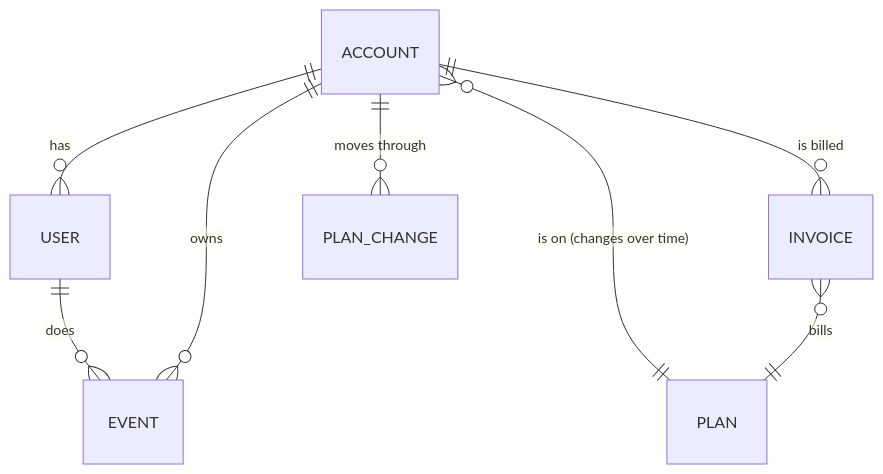
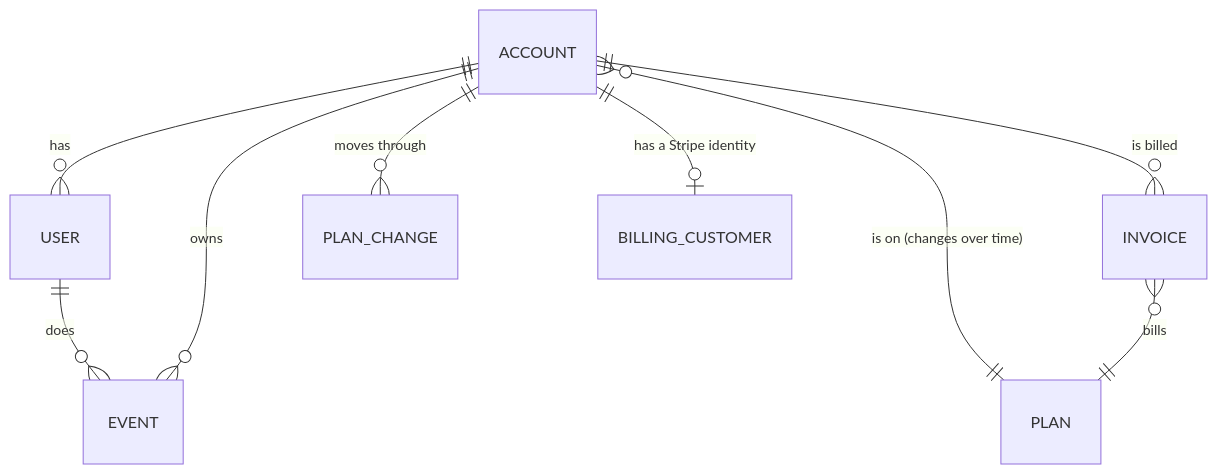
One commit to technobasant/data-platform-architecture changed the diagram in docs/06-data-model.md. Above: the diagram before and after it, drawn with Mermaid. The commit also changed other lines of this file, not shown here.

````diff
--- a/docs/06-data-model.md
+++ b/docs/06-data-model.md
@@ -14,10 +34,11 @@
 ```mermaid
 erDiagram
   ACCOUNT ||--o{ USER : "has"
   ACCOUNT }o--|| PLAN : "is on (changes over time)"
   ACCOUNT ||--o{ INVOICE : "is billed"
   INVOICE }o--|| PLAN : "bills"
   USER ||--o{ EVENT : "does"
   ACCOUNT ||--o{ EVENT : "owns"
   ACCOUNT ||--o{ PLAN_CHANGE : "moves through"
+  ACCOUNT ||--o| BILLING_CUSTOMER : "has a Stripe identity"
 ```
````
